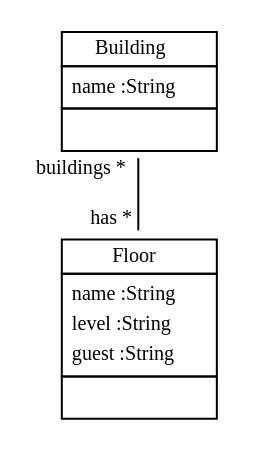
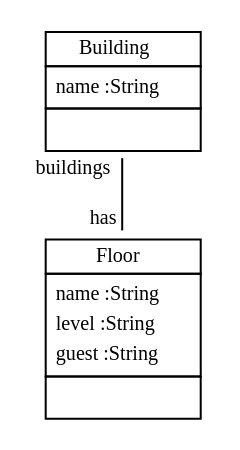
The diagram in doc/DerivedFromGenericObjectsClassDiag.dot (fujaba/SDMLib), drawn with Graphviz before and after one commit. The commit also changed other lines of this file and 57 other files, not shown here.

Commit message:
fixed problem with external class TimerPO svg graphics are now visible in exclipse internal browser, too.

```diff
--- a/doc/DerivedFromGenericObjectsClassDiag.dot
+++ b/doc/DerivedFromGenericObjectsClassDiag.dot
@@ -1,13 +1,13 @@
 
  digraph ClassDiagram {
     node [shape = none, fontsize = 10]; 
     edge [fontsize = 10];
     
     
-    _Building [label=<<table border='0' cellborder='1' cellspacing='0'> <tr> <td>Building</td> </tr> <tr><td><table border='0' cellborder='0' cellspacing='0'> <tr><td align='left'>name :String</td></tr>  </table></td></tr> <tr><td><table border='0' cellborder='0' cellspacing='0'> <tr><td> </td></tr> </table></td></tr> </table>>];
-    _Floor [label=<<table border='0' cellborder='1' cellspacing='0'> <tr> <td>Floor</td> </tr> <tr><td><table border='0' cellborder='0' cellspacing='0'> <tr><td align='left'>name :String</td></tr> <tr><td align='left'>level :String</td></tr> <tr><td align='left'>guest :String</td></tr>  </table></td></tr> <tr><td><table border='0' cellborder='0' cellspacing='0'> <tr><td> </td></tr> </table></td></tr> </table>>];
+    _Building [label=<<table border='0' cellborder='1' cellspacing='0'> <tr> <td HREF="../test/de/kassel/roombook/Building.java">Building</td> </tr> <tr><td><table border='0' cellborder='0' cellspacing='0'> <tr><td align='left'>name :String</td></tr>  </table></td></tr> <tr><td><table border='0' cellborder='0' cellspacing='0'> <tr><td> </td></tr> </table></td></tr> </table>>];
+    _Floor [label=<<table border='0' cellborder='1' cellspacing='0'> <tr> <td HREF="../test/de/kassel/roombook/Floor.java">Floor</td> </tr> <tr><td><table border='0' cellborder='0' cellspacing='0'> <tr><td align='left'>name :String</td></tr> <tr><td align='left'>level :String</td></tr> <tr><td align='left'>guest :String</td></tr>  </table></td></tr> <tr><td><table border='0' cellborder='0' cellspacing='0'> <tr><td> </td></tr> </table></td></tr> </table>>];
     
     
     
-    _Building -> _Floor [headlabel = "has *" taillabel = "buildings *" arrowhead = "none" ];
+    _Building -> _Floor [headlabel = "has" taillabel = "buildings" arrowhead = "none" ];
 }
```
